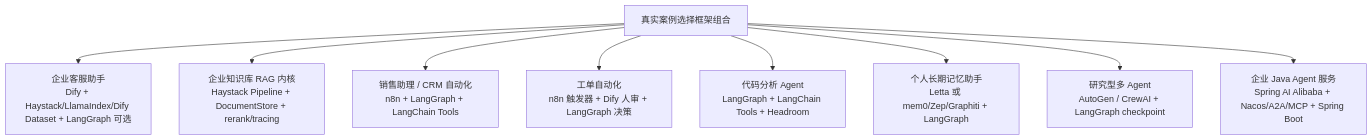
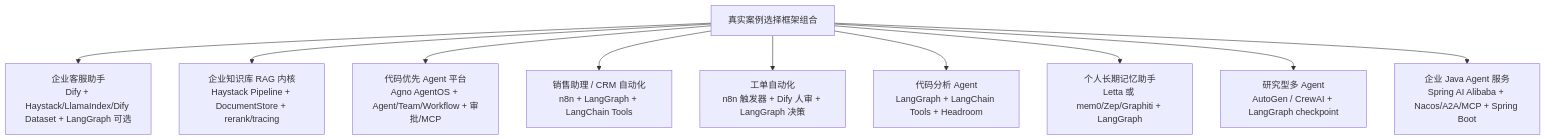
Before and after one commit to onlycaizhongwen/llm-framework-internals: the fifth of 5 diagrams in docs/cross-framework-analysis/index.md, drawn with Mermaid. The commit also changed other lines of this file and 21 other files, not shown here.

First line of the commit message:
Explain Agno as an agent platform SDK

````diff
--- a/docs/cross-framework-analysis/index.md
+++ b/docs/cross-framework-analysis/index.md
@@ -266,12 +270,13 @@
 ```mermaid
 flowchart TB
     Cases["真实案例选择框架组合"]
     Cases --> CS["企业客服助手<br/>Dify + Haystack/LlamaIndex/Dify Dataset + LangGraph 可选"]
     Cases --> KBRAG["企业知识库 RAG 内核<br/>Haystack Pipeline + DocumentStore + rerank/tracing"]
+    Cases --> AgnoCase["代码优先 Agent 平台<br/>Agno AgentOS + Agent/Team/Workflow + 审批/MCP"]
     Cases --> Sales["销售助理 / CRM 自动化<br/>n8n + LangGraph + LangChain Tools"]
     Cases --> Ticket["工单自动化<br/>n8n 触发器 + Dify 人审 + LangGraph 决策"]
     Cases --> Code["代码分析 Agent<br/>LangGraph + LangChain Tools + Headroom"]
     Cases --> Memory["个人长期记忆助手<br/>Letta 或 mem0/Zep/Graphiti + LangGraph"]
     Cases --> Research["研究型多 Agent<br/>AutoGen / CrewAI + LangGraph checkpoint"]
     Cases --> JavaAgent["企业 Java Agent 服务<br/>Spring AI Alibaba + Nacos/A2A/MCP + Spring Boot"]
 ```
````
